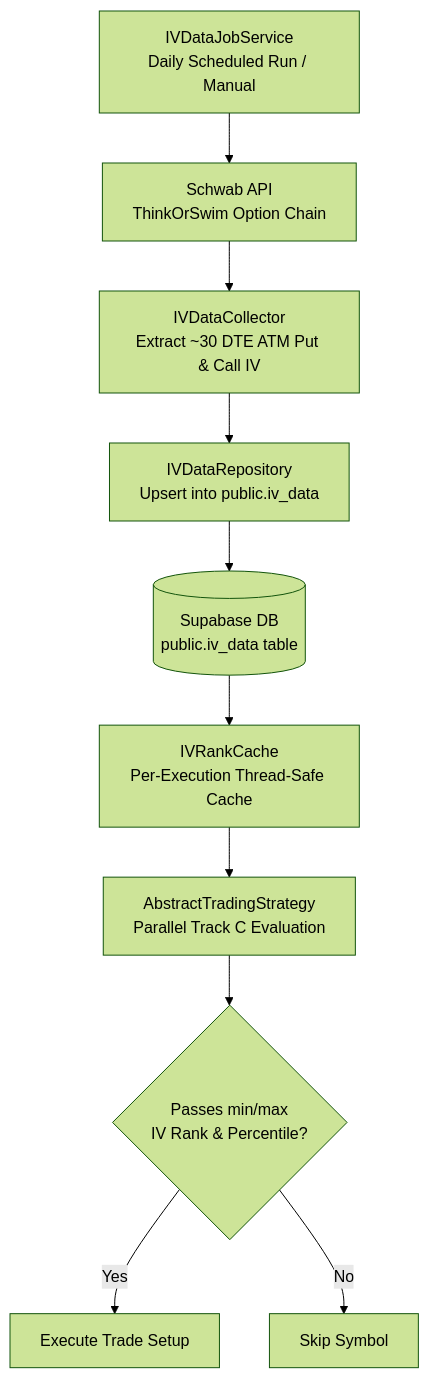
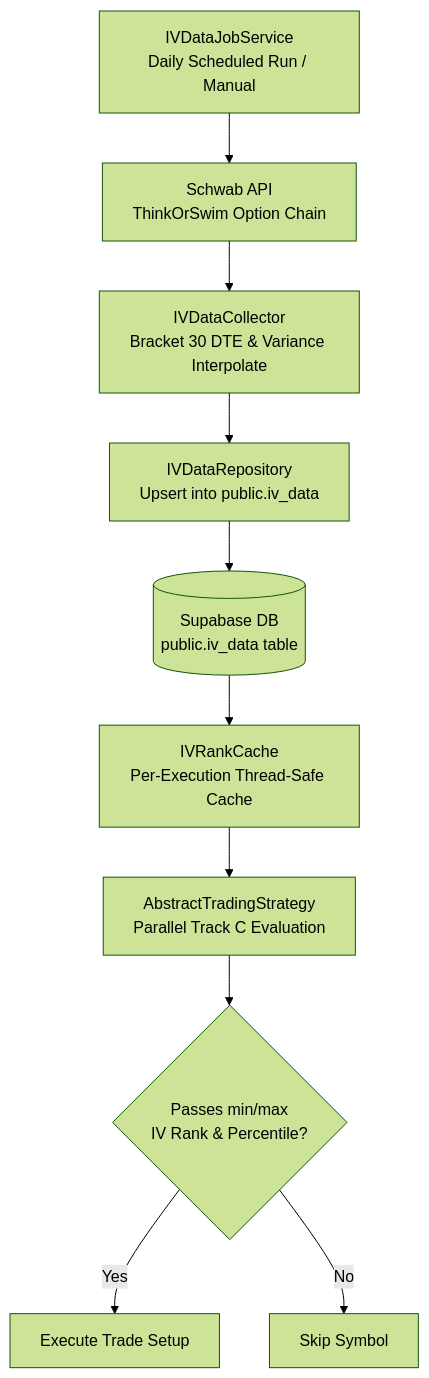
The diagram in docs/implied-volatility.md (phemasundar/trading-bot), drawn with Mermaid (forest theme) before and after one commit. The commit also changed other lines of this file and 5 other files, not shown here.

````diff
--- a/docs/implied-volatility.md
+++ b/docs/implied-volatility.md
@@ -13,13 +13,13 @@
 ```mermaid
 flowchart TD
     Job[IVDataJobService<br>Daily Scheduled Run / Manual] --> Schwab[Schwab API<br>ThinkOrSwim Option Chain]
-    Schwab --> Collector[IVDataCollector<br>Extract ~30 DTE ATM Put & Call IV]
+    Schwab --> Collector[IVDataCollector<br>Bracket 30 DTE & Variance Interpolate]
     Collector --> Repo[IVDataRepository<br>Upsert into public.iv_data]
     Repo --> Supabase[(Supabase DB<br>public.iv_data table)]
     
     Supabase --> Cache[IVRankCache<br>Per-Execution Thread-Safe Cache]
     Cache --> Strategy[AbstractTradingStrategy<br>Parallel Track C Evaluation]
     Strategy --> Filters{Passes min/max<br>IV Rank & Percentile?}
     Filters -- Yes --> Trades[Execute Trade Setup]
     Filters -- No --> Skip[Skip Symbol]
 ```
````
